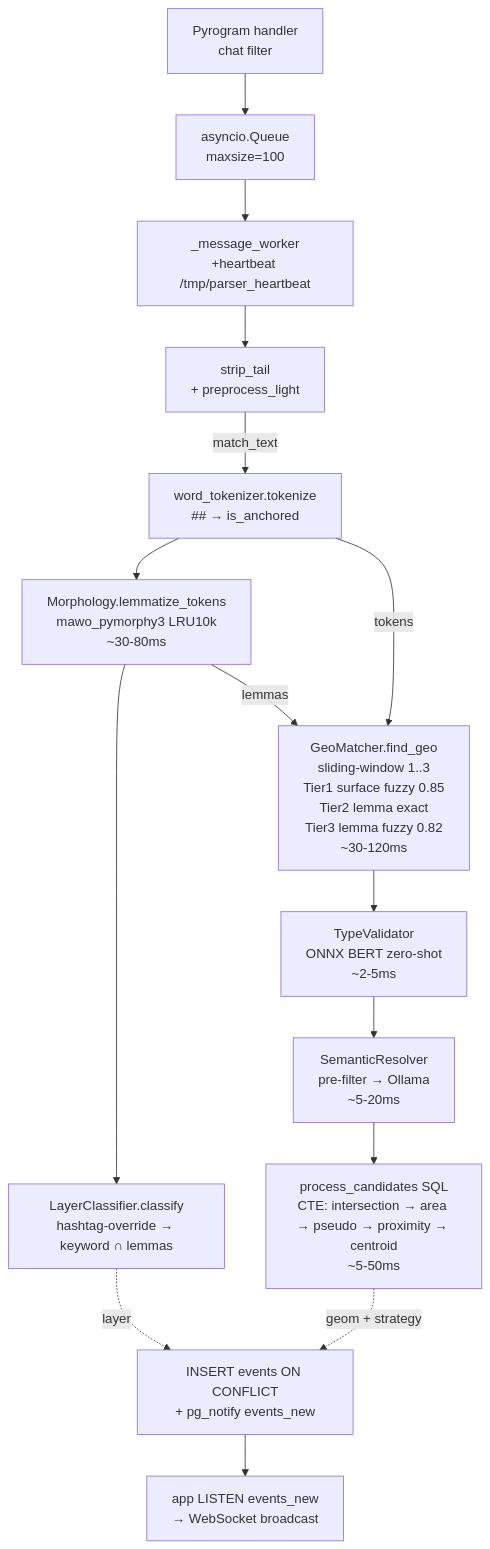
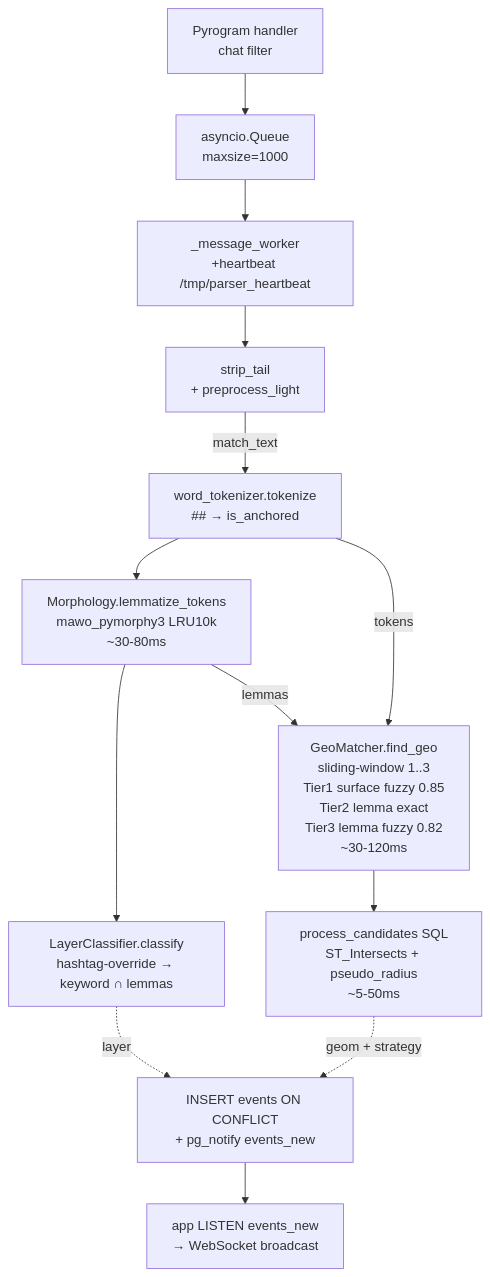
One commit to jin10r/debug changed the diagram in docs/parser.md. Above: the diagram before and after it, drawn with Mermaid. The commit also changed other lines of this file and 70 other files, not shown here.

````diff
--- a/docs/parser.md
+++ b/docs/parser.md
@@ -83,17 +61,15 @@
 ```mermaid
 flowchart TD
-    A[Pyrogram handler<br/>chat filter] --> B[asyncio.Queue<br/>maxsize=100]
+    A[Pyrogram handler<br/>chat filter] --> B[asyncio.Queue<br/>maxsize=1000]
     B --> C[_message_worker<br/>+heartbeat /tmp/parser_heartbeat]
     C --> D[strip_tail<br/>+ preprocess_light]
     D -->|match_text| E[word_tokenizer.tokenize<br/>## → is_anchored]
     E --> F[Morphology.lemmatize_tokens<br/>mawo_pymorphy3 LRU10k<br/>~30-80ms]
     F --> G[LayerClassifier.classify<br/>hashtag-override → keyword ∩ lemmas]
     F -->|lemmas| H
     E -->|tokens| H[GeoMatcher.find_geo<br/>sliding-window 1..3<br/>Tier1 surface fuzzy 0.85<br/>Tier2 lemma exact<br/>Tier3 lemma fuzzy 0.82<br/>~30-120ms]
-    H --> I[TypeValidator<br/>ONNX BERT zero-shot<br/>~2-5ms]
-    I --> J[SemanticResolver<br/>pre-filter → Ollama<br/>~5-20ms]
-    J --> K[process_candidates SQL<br/>CTE: intersection → area → pseudo → proximity → centroid<br/>~5-50ms]
-    G -.layer.-> L
-    K -.geom + strategy.-> L[INSERT events ON CONFLICT<br/>+ pg_notify events_new]
-    L --> M[app LISTEN events_new<br/>→ WebSocket broadcast]
+    H --> I[process_candidates SQL<br/>ST_Intersects + pseudo_radius<br/>~5-50ms]
+    G -.layer.-> J
+    I -.geom + strategy.-> J[INSERT events ON CONFLICT<br/>+ pg_notify events_new]
+    J --> K[app LISTEN events_new<br/>→ WebSocket broadcast]
 ```
````
